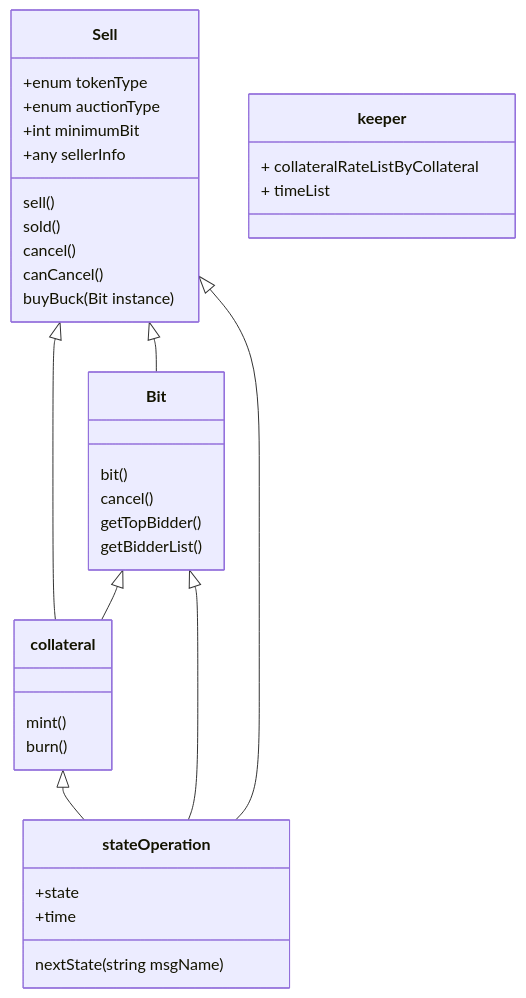
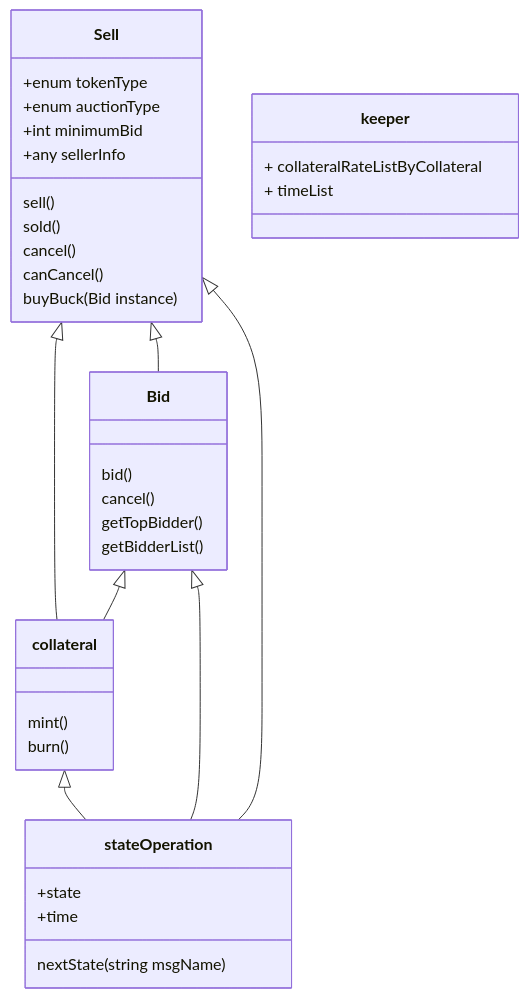
The diagram in x/nftmarket/spec/09_class_diagram.md (UnUniFi/chain), drawn with Mermaid before and after one commit.

Commit message:
feat: fix typo

````diff
--- a/x/nftmarket/spec/09_class_diagram.md
+++ b/x/nftmarket/spec/09_class_diagram.md
@@ -3,39 +3,39 @@
 ```mermaid
  classDiagram
       Sell <|-- collateral
-      Sell <|-- Bit
-      Bit <|-- collateral
+      Sell <|-- Bid
+      Bid <|-- collateral
       collateral <|-- stateOperation
-      Bit <|-- stateOperation
+      Bid <|-- stateOperation
       Sell <|-- stateOperation
       class Sell{
           +enum tokenType
           +enum auctionType
-          +int minimumBit
+          +int minimumBid
           +any sellerInfo
           sell()
           sold()
           cancel()
           canCancel()
-          buyBuck(Bit instance)
+          buyBuck(Bid instance)
       }
-      class Bit{
-          bit()
+      class Bid{
+          bid()
           cancel()
           getTopBidder()
           getBidderList()
       }
       class collateral {
           mint()
           burn()
       }
       class stateOperation {
           +state
           +time
           nextState(string msgName)
       }
       class keeper{
           + collateralRateListByCollateral
           + timeList
       }
 ```
````
